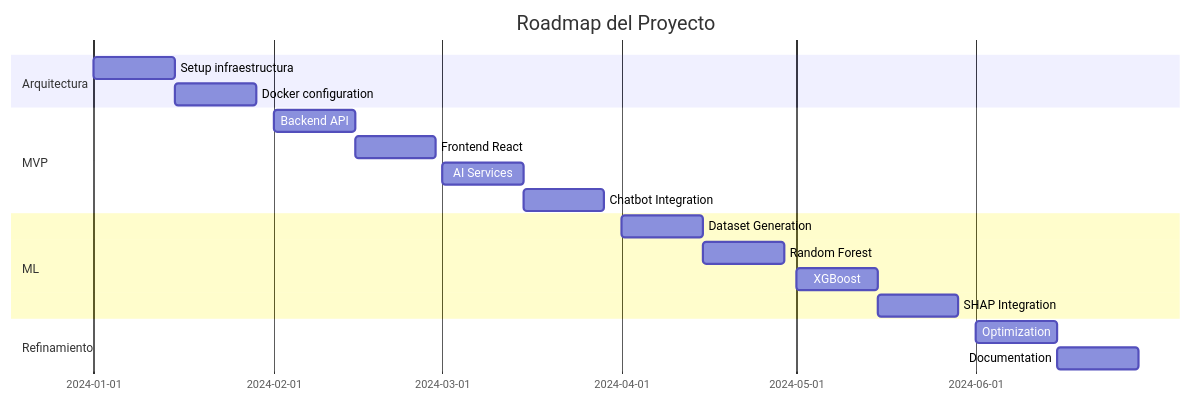
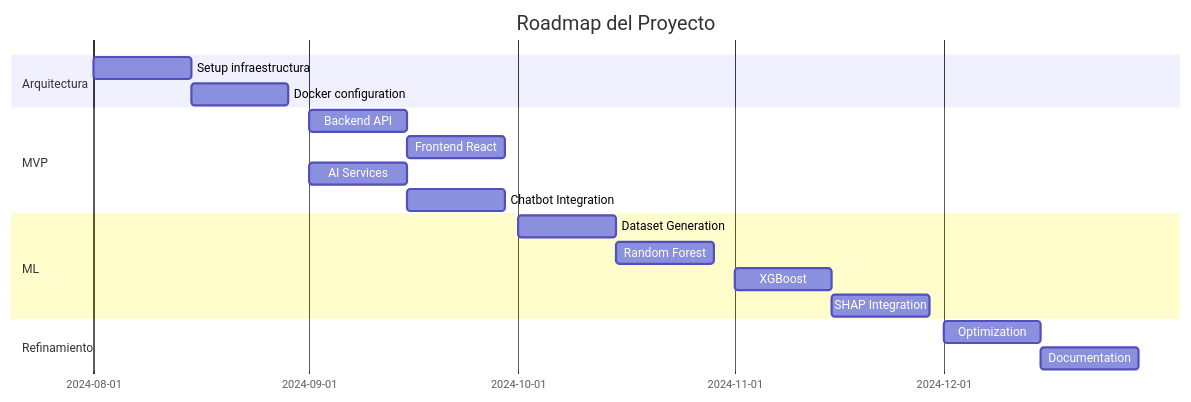
The second of 2 diagrams in METODOLOGIA_AGIL_PROYECTO.md (epis-upt-flor/proyecto-final-sistema_enfermedades_respiratorias), drawn with Mermaid before and after one commit.

````diff
--- a/METODOLOGIA_AGIL_PROYECTO.md
+++ b/METODOLOGIA_AGIL_PROYECTO.md
@@ -276,24 +276,24 @@
 ```mermaid
 gantt
     title Roadmap del Proyecto
     dateFormat  YYYY-MM-DD
     section Arquitectura
-    Setup infraestructura    :a1, 2024-01-01, 14d
-    Docker configuration     :a2, 2024-01-15, 14d
+    Setup infraestructura    :a1, 2024-08-01, 14d
+    Docker configuration     :a2, 2024-08-15, 14d
     
     section MVP
-    Backend API             :b1, 2024-02-01, 14d
-    Frontend React          :b2, 2024-02-15, 14d
-    AI Services             :b3, 2024-03-01, 14d
-    Chatbot Integration     :b4, 2024-03-15, 14d
+    Backend API             :b1, 2024-09-01, 14d
+    Frontend React          :b2, 2024-09-15, 14d
+    AI Services             :b3, 2024-09-01, 14d
+    Chatbot Integration     :b4, 2024-09-15, 14d
     
     section ML
-    Dataset Generation      :c1, 2024-04-01, 14d
-    Random Forest           :c2, 2024-04-15, 14d
-    XGBoost                 :c3, 2024-05-01, 14d
-    SHAP Integration        :c4, 2024-05-15, 14d
+    Dataset Generation      :c1, 2024-10-01, 14d
+    Random Forest           :c2, 2024-10-15, 14d
+    XGBoost                 :c3, 2024-11-01, 14d
+    SHAP Integration        :c4, 2024-11-15, 14d
     
     section Refinamiento
-    Optimization            :d1, 2024-06-01, 14d
-    Documentation           :d2, 2024-06-15, 14d
+    Optimization            :d1, 2024-12-01, 14d
+    Documentation           :d2, 2024-12-15, 14d
 ```
````
